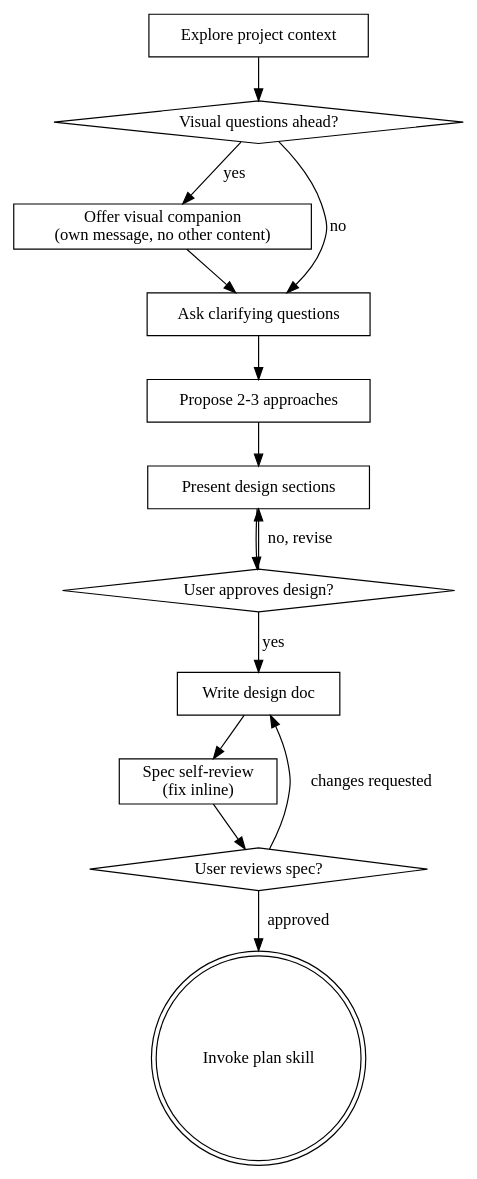
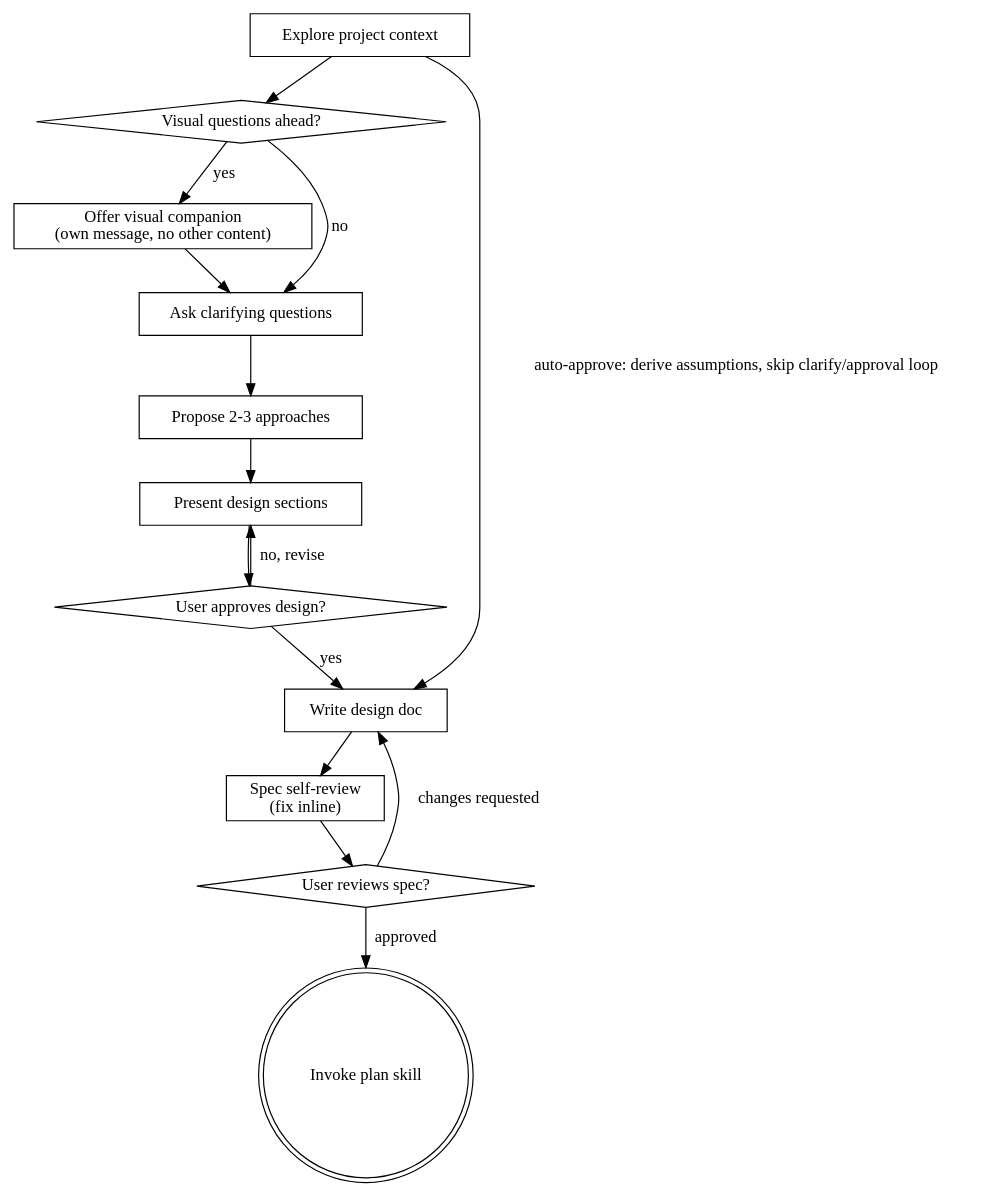
The diagram in skills/shape/SKILL.md (DennisLoska/skills), drawn with Graphviz before and after one commit. The commit also changed other lines of this file and 5 other files, not shown here.

Commit message:
fix(skills): finish auto-approve, provisional no-tests, and fixer seat wiring

````diff
--- a/skills/shape/SKILL.md
+++ b/skills/shape/SKILL.md
@@ -38,29 +41,30 @@
 ```dot
 digraph shape {
     "Explore project context" [shape=box];
     "Visual questions ahead?" [shape=diamond];
     "Offer visual companion\n(own message, no other content)" [shape=box];
     "Ask clarifying questions" [shape=box];
     "Propose 2-3 approaches" [shape=box];
     "Present design sections" [shape=box];
     "User approves design?" [shape=diamond];
     "Write design doc" [shape=box];
     "Spec self-review\n(fix inline)" [shape=box];
     "User reviews spec?" [shape=diamond];
     "Invoke plan skill" [shape=doublecircle];
 
     "Explore project context" -> "Visual questions ahead?";
     "Visual questions ahead?" -> "Offer visual companion\n(own message, no other content)" [label="yes"];
     "Visual questions ahead?" -> "Ask clarifying questions" [label="no"];
     "Offer visual companion\n(own message, no other content)" -> "Ask clarifying questions";
     "Ask clarifying questions" -> "Propose 2-3 approaches";
     "Propose 2-3 approaches" -> "Present design sections";
     "Present design sections" -> "User approves design?";
     "User approves design?" -> "Present design sections" [label="no, revise"];
     "User approves design?" -> "Write design doc" [label="yes"];
     "Write design doc" -> "Spec self-review\n(fix inline)";
     "Spec self-review\n(fix inline)" -> "User reviews spec?";
     "User reviews spec?" -> "Write design doc" [label="changes requested"];
     "User reviews spec?" -> "Invoke plan skill" [label="approved"];
+    "Explore project context" -> "Write design doc" [label="auto-approve: derive assumptions, skip clarify/approval loop"];
 }
 ```
````
